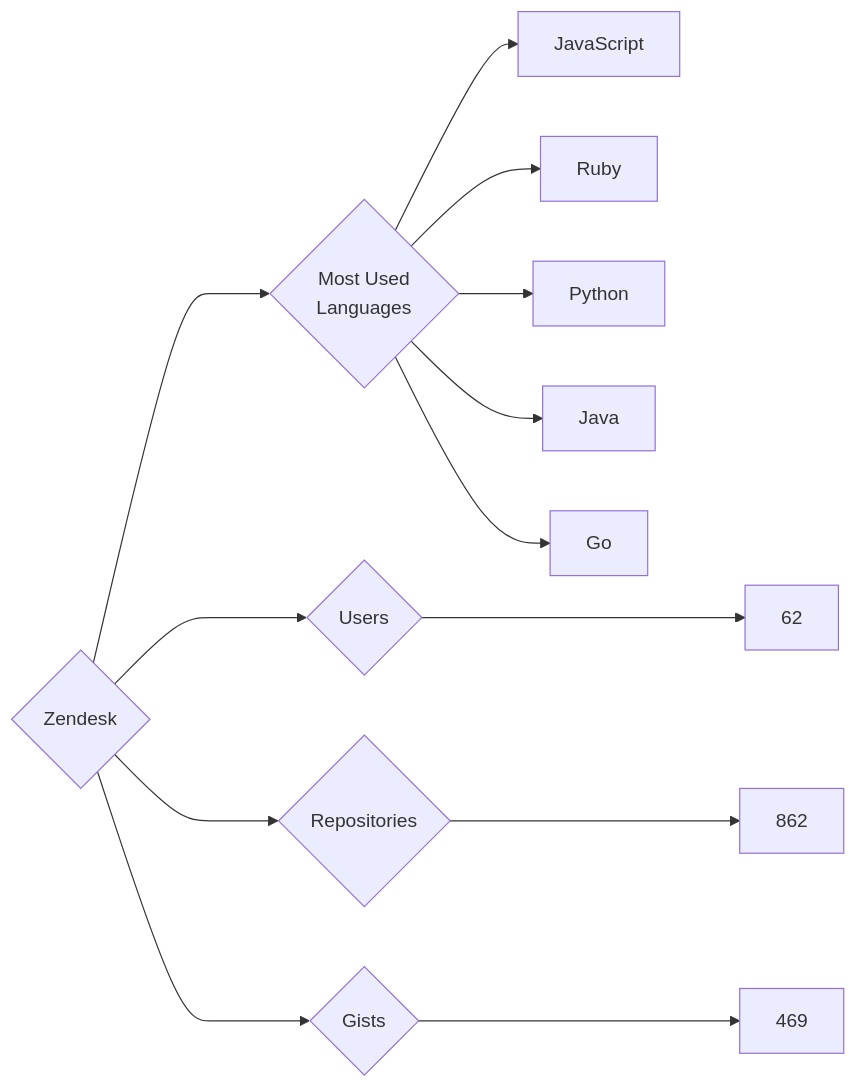
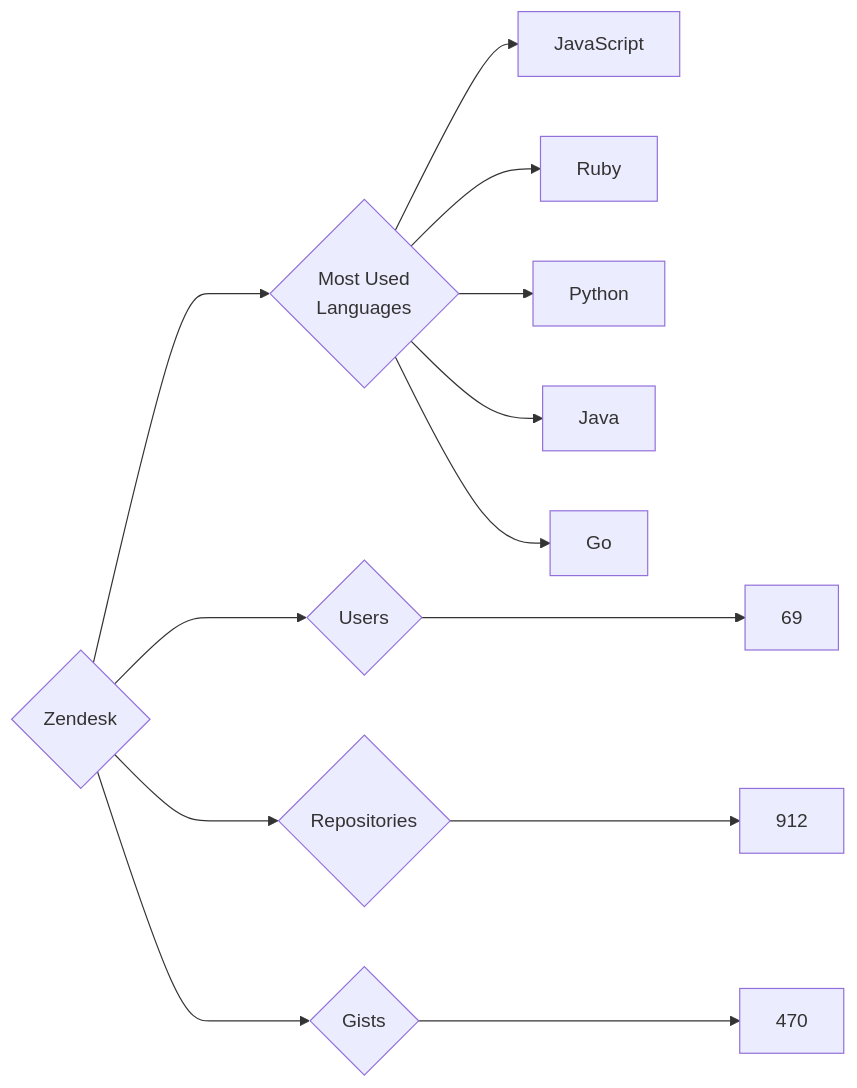
Before and after one commit to trickest/insiders: the diagram in targets/Zendesk/README.md, drawn with Mermaid. The commit also changed 964 other files, not shown here.

````diff
--- a/targets/Zendesk/README.md
+++ b/targets/Zendesk/README.md
@@ -3,13 +3,13 @@
 ```mermaid
 graph LR
 COMPANY_NAME{Zendesk}
-COMPANY_NAME ---> U{Users} ---> UN[62]
-COMPANY_NAME ---> R{Repositories} ---> RN[862]
-COMPANY_NAME ---> G{Gists} ---> GN[469]
+COMPANY_NAME ---> U{Users} ---> UN[69]
+COMPANY_NAME ---> R{Repositories} ---> RN[912]
+COMPANY_NAME ---> G{Gists} ---> GN[470]
 COMPANY_NAME ---> ML{Most Used<br>Languages}
 ML --> JavaScript[JavaScript]
 ML --> Ruby[Ruby]
 ML --> Python[Python]
 ML --> Java[Java]
 ML --> Go[Go]
 ```
````
